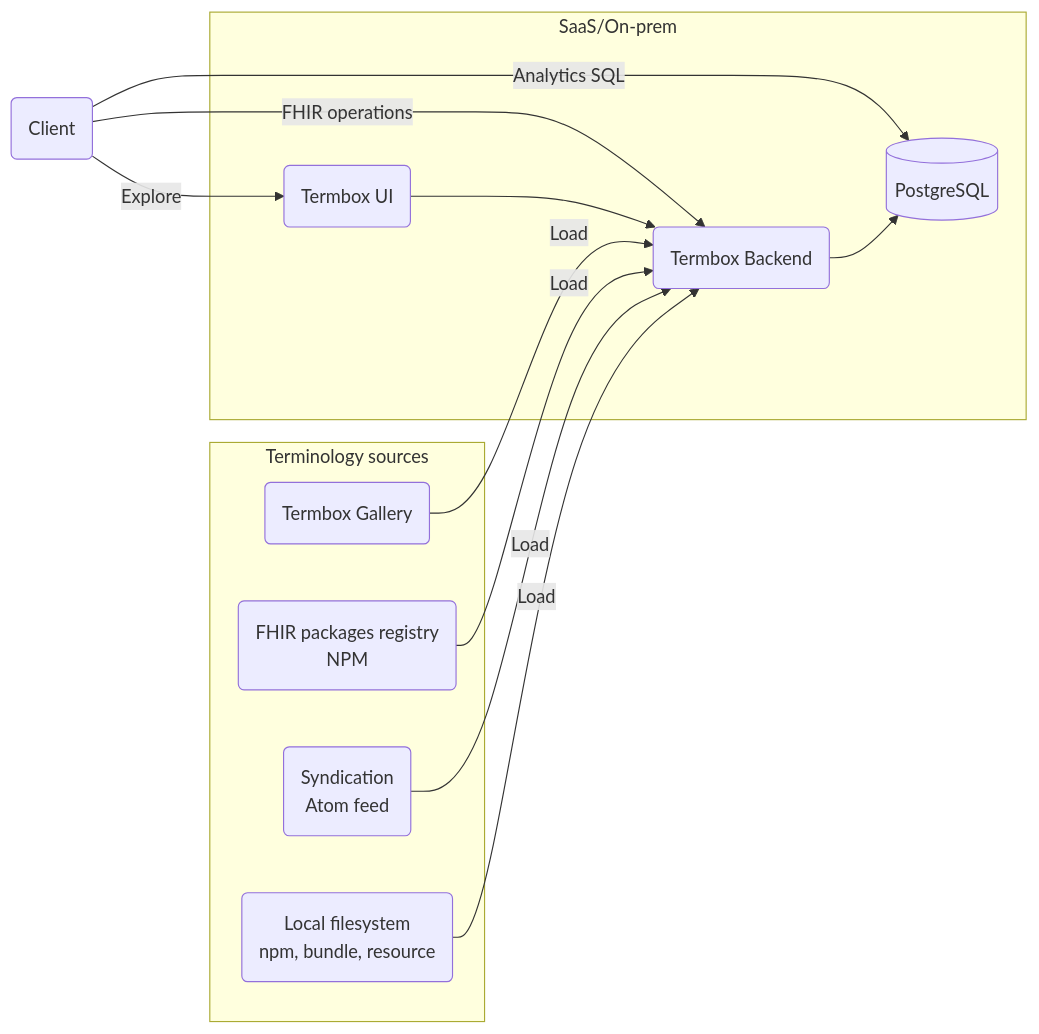
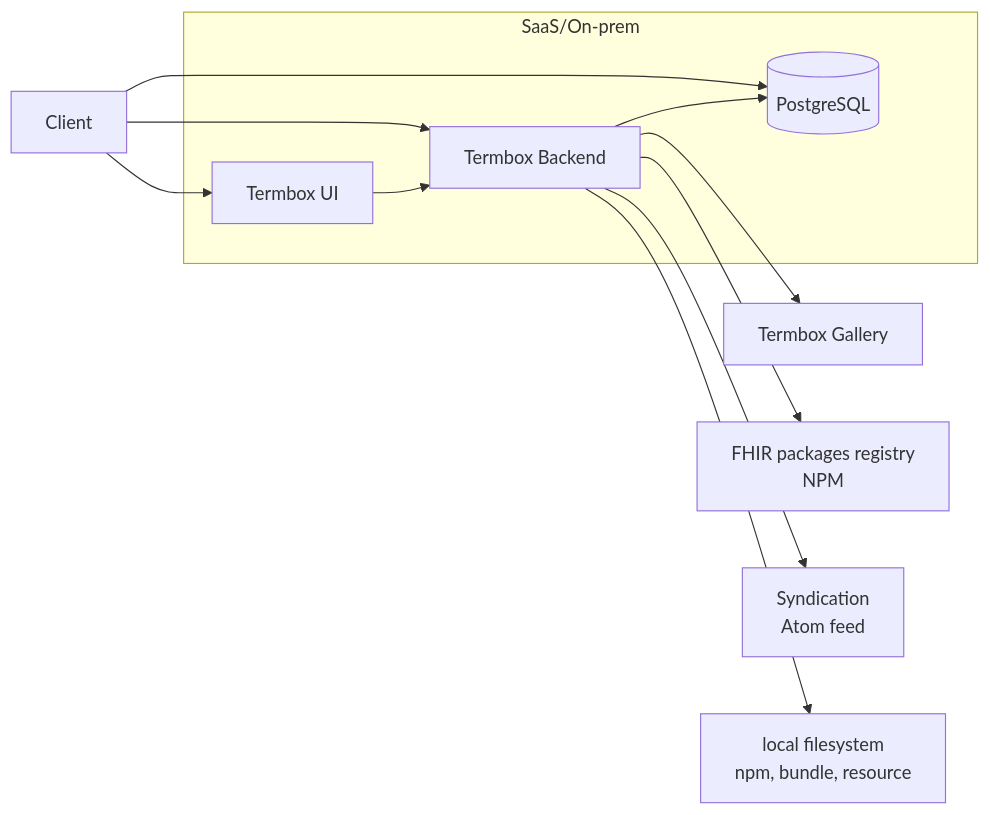
One commit to HealthSamurai/termbox-docs changed the diagram in docs/architecture.md. Above: the diagram before and after it, drawn with Mermaid.

Commit message:
Restore clean architecture diagram

````diff
--- a/docs/architecture.md
+++ b/docs/architecture.md
@@ -7,29 +7,27 @@
 ```mermaid
-graph LR
-    client(Client):::blue2
+flowchart LR
+  client[Client]
 
-    subgraph deployment["SaaS/On-prem"]
-        ui(Termbox UI):::green2
-        backend(Termbox Backend):::red2
-        pg[(PostgreSQL)]:::neutral2
-    end
-
-    subgraph sources["Terminology sources"]
-        gallery(Termbox Gallery):::violet2
-        npm(FHIR packages registry<br/>NPM):::violet2
-        atom(Syndication<br/>Atom feed):::violet2
-        fs(Local filesystem<br/>npm, bundle, resource):::yellow2
-    end
-
-    client -->|Explore| ui
-    client -->|FHIR operations| backend
-    client -->|Analytics SQL| pg
+  subgraph deployment[SaaS/On-prem]
+    ui[Termbox UI]
+    backend[Termbox Backend]
+    pg[(PostgreSQL)]
 
     ui --> backend
     backend --> pg
+  end
 
-    gallery -->|Load| backend
-    npm -->|Load| backend
-    atom -->|Load| backend
-    fs -->|Load| backend
+  gallery[Termbox Gallery]
+  npm[FHIR packages registry</br>NPM]
+  atom[Syndication</br>Atom feed]
+  fs[local filesystem</br>npm, bundle, resource]
+
+  client --> ui
+  client --> backend
+  client --> pg
+
+  backend --> gallery
+  backend --> npm
+  backend --> atom
+  backend --> fs
 ```
````
